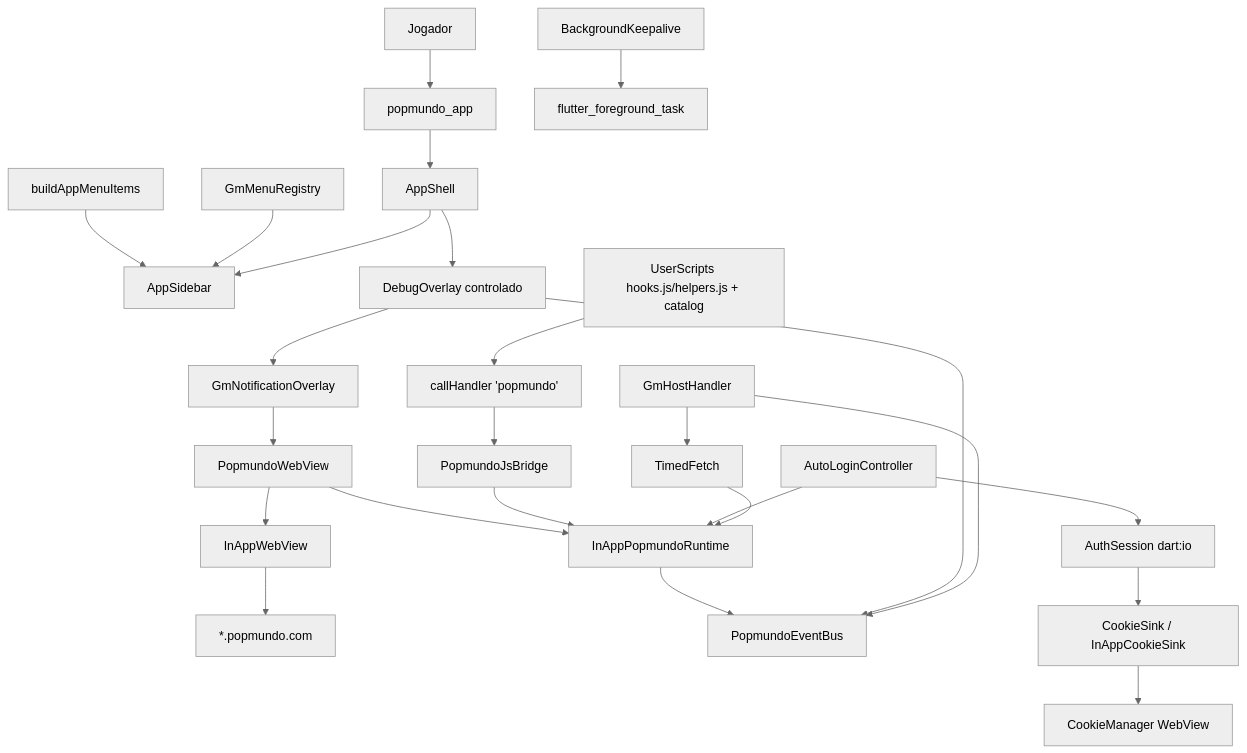
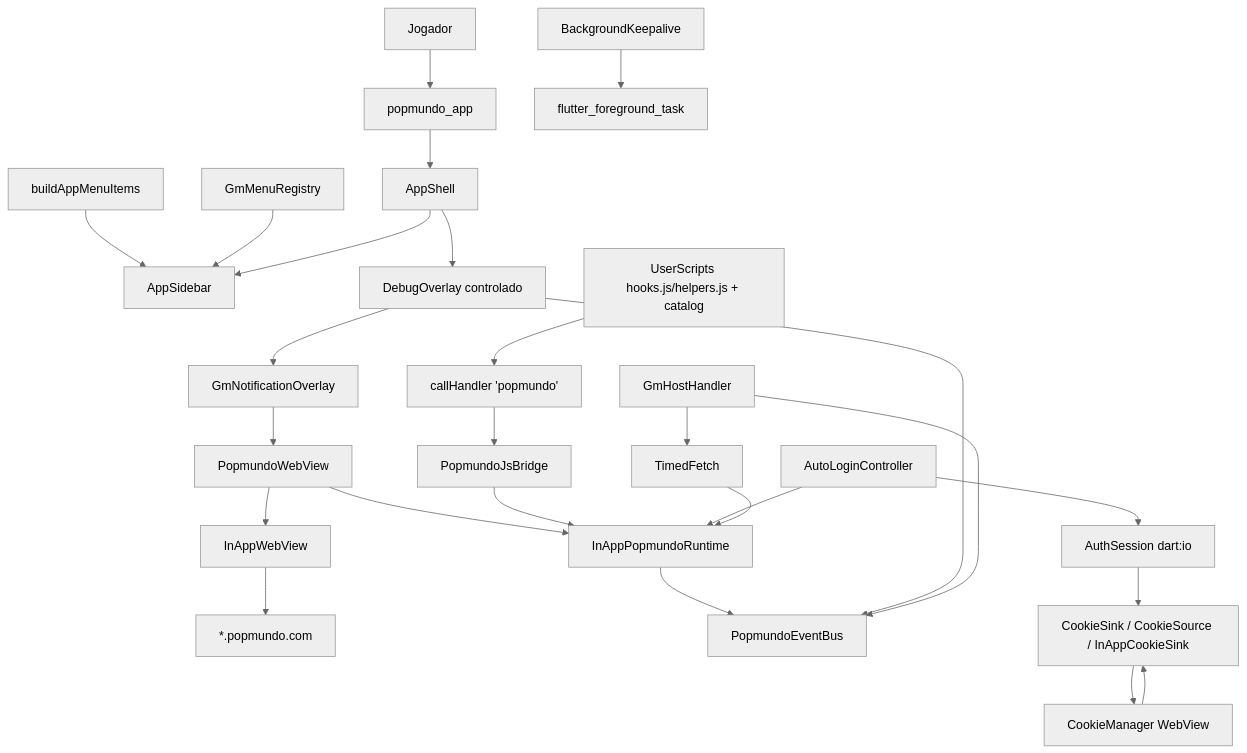
One commit to wellbritto98/popflutter changed the diagram in docs/ARQUITETURA.md. Above: the diagram before and after it, drawn with Mermaid (neutral theme). The commit also changed other lines of this file and 13 other files, not shown here.

First line of the commit message:
docs(autologin): wire CookieSource and document session heartbeat

````diff
--- a/docs/ARQUITETURA.md
+++ b/docs/ARQUITETURA.md
@@ -30,27 +30,28 @@
 ```mermaid
 graph TD
   Player[Jogador] --> App[popmundo_app]
   App --> Shell[AppShell]
   Registry[buildAppMenuItems] --> Sidebar[AppSidebar]
   GmReg[GmMenuRegistry] --> Sidebar
   Shell --> Sidebar
   Shell --> Overlay[DebugOverlay controlado]
   Overlay --> GmNotif[GmNotificationOverlay]
   GmNotif --> Widget[PopmundoWebView]
   Widget --> WV[InAppWebView]
   WV --> Site["*.popmundo.com"]
   Widget --> Runtime[InAppPopmundoRuntime]
   Hooks[UserScripts hooks.js/helpers.js + catalog] --> Handler["callHandler 'popmundo'"]
   Handler --> Bridge[PopmundoJsBridge]
   Bridge --> Runtime
   Runtime --> Bus[PopmundoEventBus]
   Overlay --> Bus
   AutoLogin[AutoLoginController] --> Auth[AuthSession dart:io]
-  Auth --> CookieSink[CookieSink / InAppCookieSink]
+  Auth --> CookieSink[CookieSink / CookieSource / InAppCookieSink]
   CookieSink --> CookieMgr[CookieManager WebView]
+  CookieMgr --> CookieSink
   AutoLogin --> Runtime
   GmHost[GmHostHandler] --> Bus
   GmHost --> TimedFetch
   TimedFetch --> Runtime
   Keepalive[BackgroundKeepalive] --> FGS[flutter_foreground_task]
 ```
````
